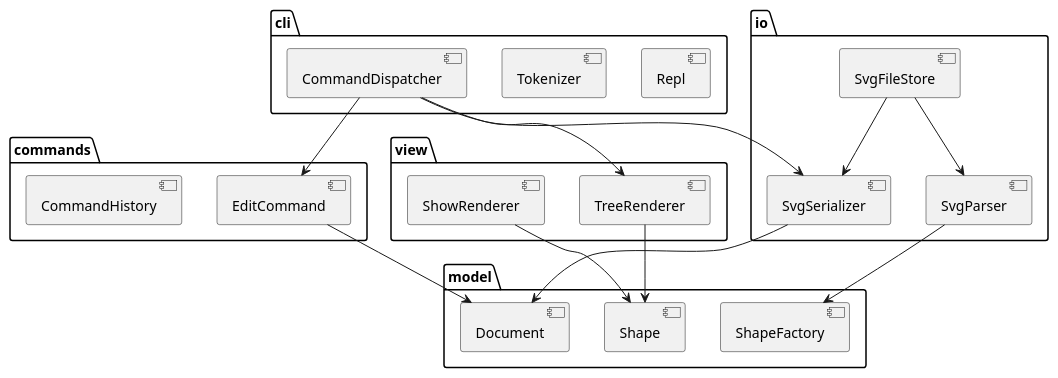
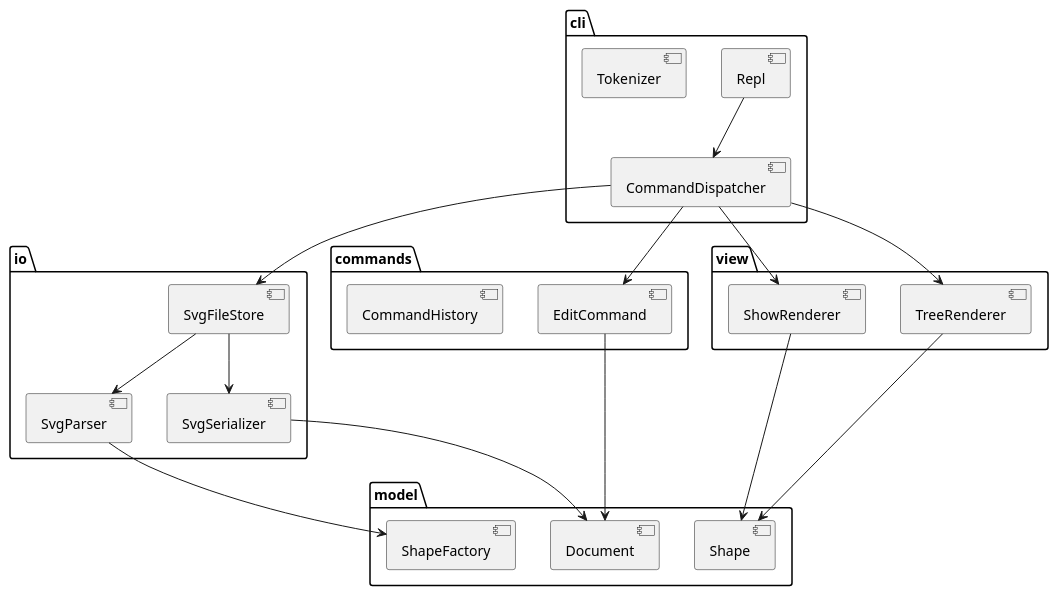
Before and after one commit to cynicalight/svg-editor: the diagram in doc/README.md, drawn with PlantUML. The commit also changed other lines of this file and 2 other files, not shown here.

Commit message:
docs: complete assignment checks and add svg preview

````diff
--- a/doc/README.md
+++ b/doc/README.md
@@ -37,37 +37,39 @@
 ```plantuml
 @startuml
 package "cli" {
   [Repl]
   [Tokenizer]
   [CommandDispatcher]
 }
 package "commands" {
   [EditCommand]
   [CommandHistory]
 }
 package "io" {
   [SvgSerializer]
   [SvgParser]
   [SvgFileStore]
 }
 package "view" {
   [TreeRenderer]
   [ShowRenderer]
 }
 package "model" {
   [Shape]
   [Document]
   [ShapeFactory]
 }
 [CommandDispatcher] --> [EditCommand]
-[CommandDispatcher] --> [SvgSerializer]
+[Repl] --> [CommandDispatcher]
+[CommandDispatcher] --> [SvgFileStore]
+[CommandDispatcher] --> [ShowRenderer]
 [CommandDispatcher] --> [TreeRenderer]
 [EditCommand] --> [Document]
 [SvgSerializer] --> [Document]
 [SvgParser] --> [ShapeFactory]
 [SvgFileStore] --> [SvgParser]
 [SvgFileStore] --> [SvgSerializer]
 [ShowRenderer] --> [Shape]
 [TreeRenderer] --> [Shape]
 @enduml
 ```
````
